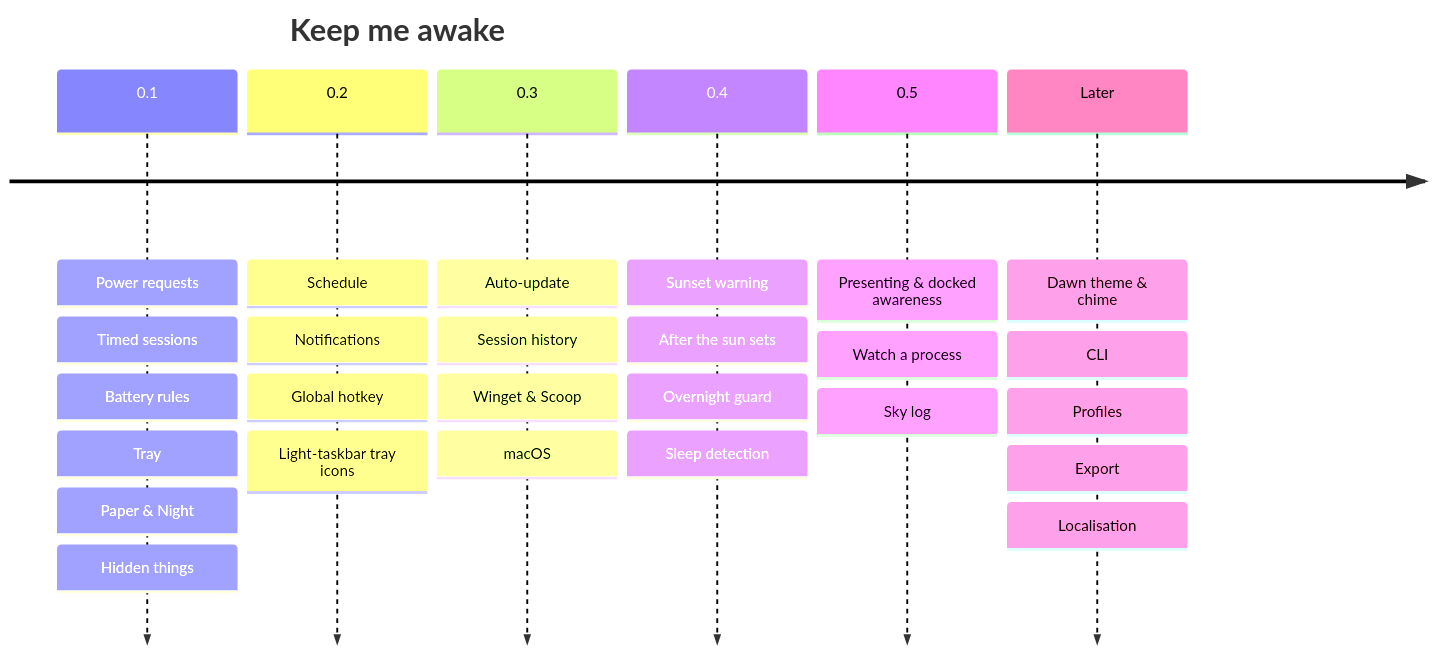
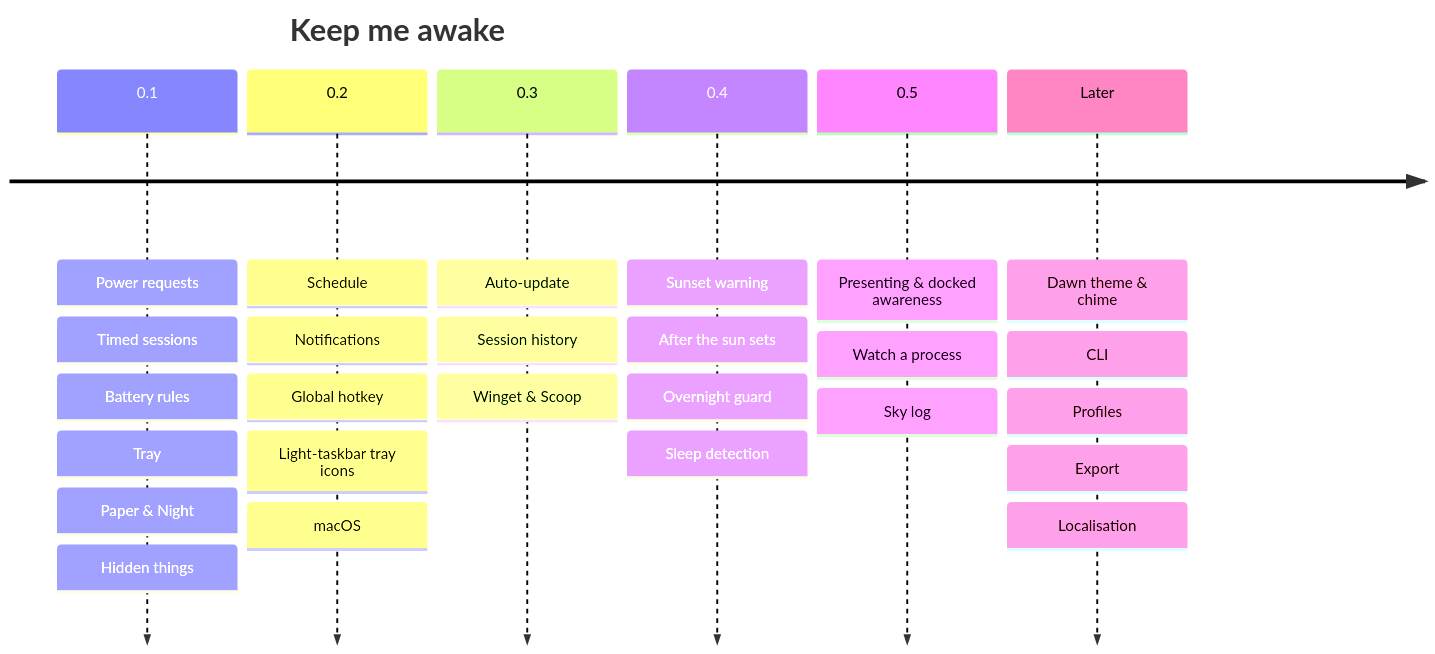
Before and after one commit to ax5hay/KeepMeAwake: the diagram in docs/roadmap.md, drawn with Mermaid. The commit also changed other lines of this file and 5 other files, not shown here.

````diff
--- a/docs/roadmap.md
+++ b/docs/roadmap.md
@@ -8,10 +8,10 @@
 ```mermaid
 timeline
     title Keep me awake
     0.1 : Power requests : Timed sessions : Battery rules : Tray : Paper & Night : Hidden things
-    0.2 : Schedule : Notifications : Global hotkey : Light-taskbar tray icons
-    0.3 : Auto-update : Session history : Winget & Scoop : macOS
+    0.2 : Schedule : Notifications : Global hotkey : Light-taskbar tray icons : macOS
+    0.3 : Auto-update : Session history : Winget & Scoop
     0.4 : Sunset warning : After the sun sets : Overnight guard : Sleep detection
     0.5 : Presenting & docked awareness : Watch a process : Sky log
     Later : Dawn theme & chime : CLI : Profiles : Export : Localisation
 ```
````
